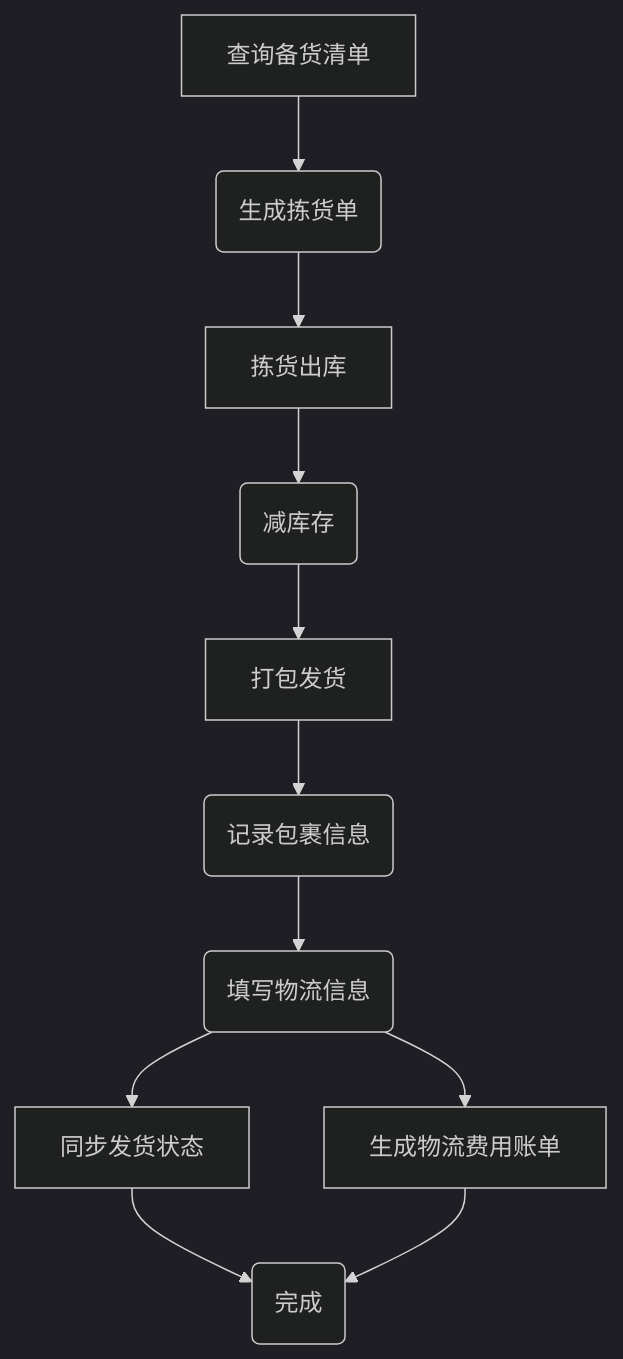
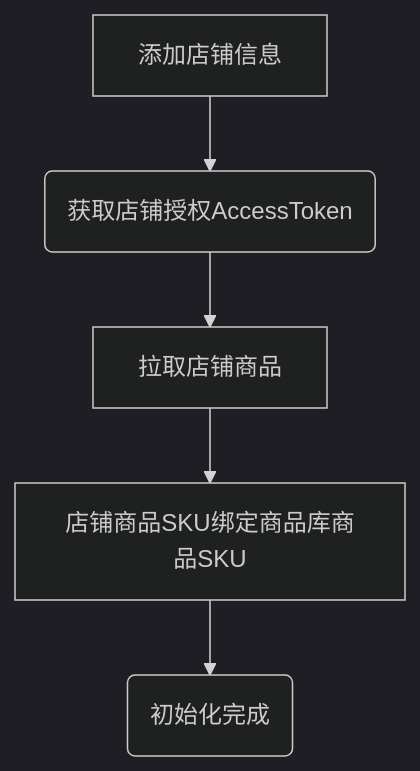
The first of 4 diagrams in README.md (zeasin/qihangerp-open), drawn with Mermaid (dark theme) before and after one commit. The commit also changed other lines of this file and 2 other files, not shown here.

````diff
--- a/README.md
+++ b/README.md
@@ -163,14 +56,7 @@
 ```mermaid
 graph TD
-A[查询备货清单] -->B(生成拣货单)
-    B --> C[拣货出库]
-    C --> E(减库存)
-    E --> F[打包发货]
-    F --> F1(记录包裹信息)
-    F1 --> G(填写物流信息)
-    G --> G1[同步发货状态]
-    G1 --> H(完成)
-    G --> G2[生成物流费用账单]
-    G2 --> H
-
+    A[添加店铺信息] -->B(获取店铺授权AccessToken)
+    B --> C[拉取店铺商品]
+    C --> D[店铺商品SKU绑定商品库商品SKU]
+    D --> E(初始化完成)
 ```
````
